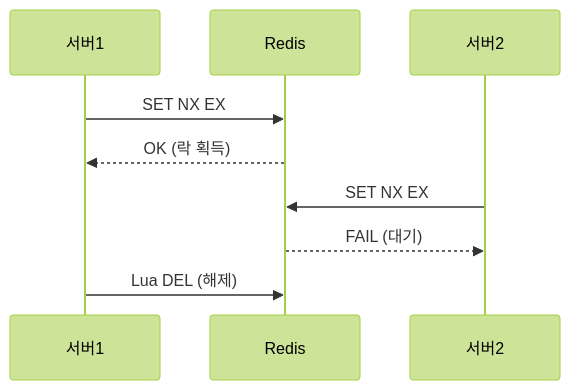
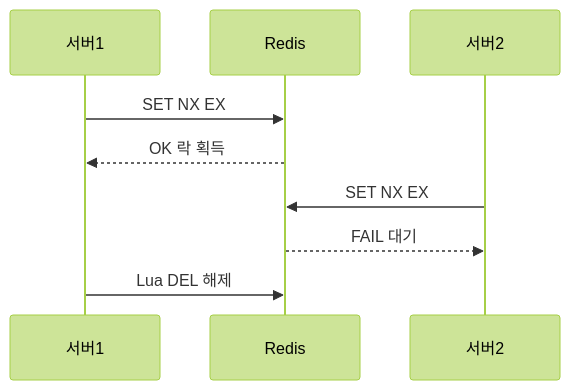
One commit to yjkim2015/yjkim2015.github.io changed the first of 15 diagrams in _posts/redis/2026-05-01-redis-distributed-lock.md. Above: the diagram before and after it, drawn with Mermaid (forest theme). The commit also changed other lines of this file and 85 other files, not shown here.

First line of the commit message:
sequenceDiagram 문법 에러 2차 수정 169개 (86파일)

````diff
--- a/_posts/redis/2026-05-01-redis-distributed-lock.md
+++ b/_posts/redis/2026-05-01-redis-distributed-lock.md
@@ -26,8 +26,8 @@
 ```mermaid
 sequenceDiagram
     서버1->>Redis: SET NX EX
-    Redis-->>서버1: OK (락 획득)
+    Redis-->>서버1: OK 락 획득
     서버2->>Redis: SET NX EX
-    Redis-->>서버2: FAIL (대기)
-    서버1->>Redis: Lua DEL (해제)
+    Redis-->>서버2: FAIL 대기
+    서버1->>Redis: Lua DEL 해제
 ```
````
